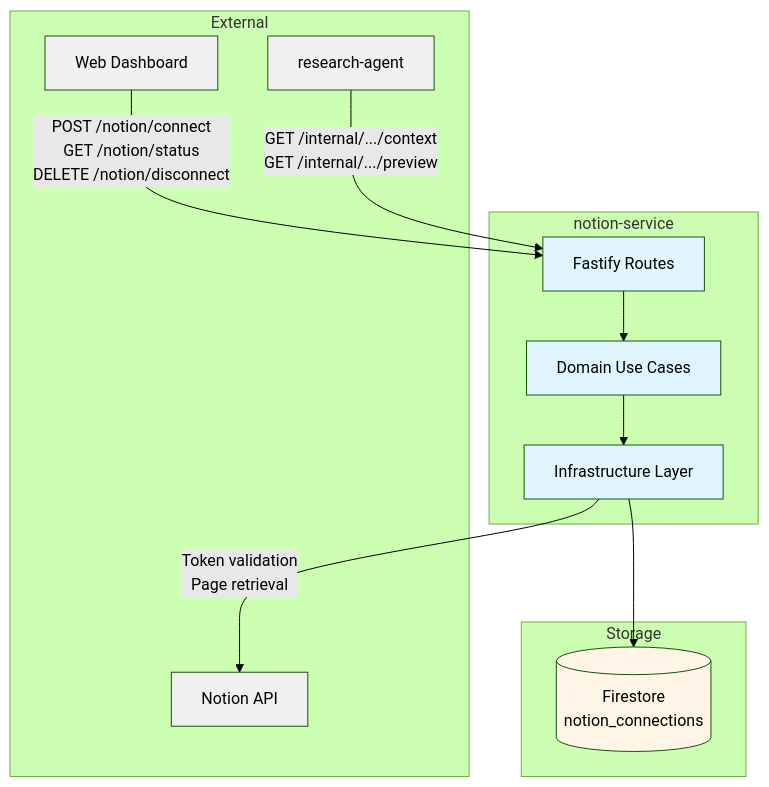
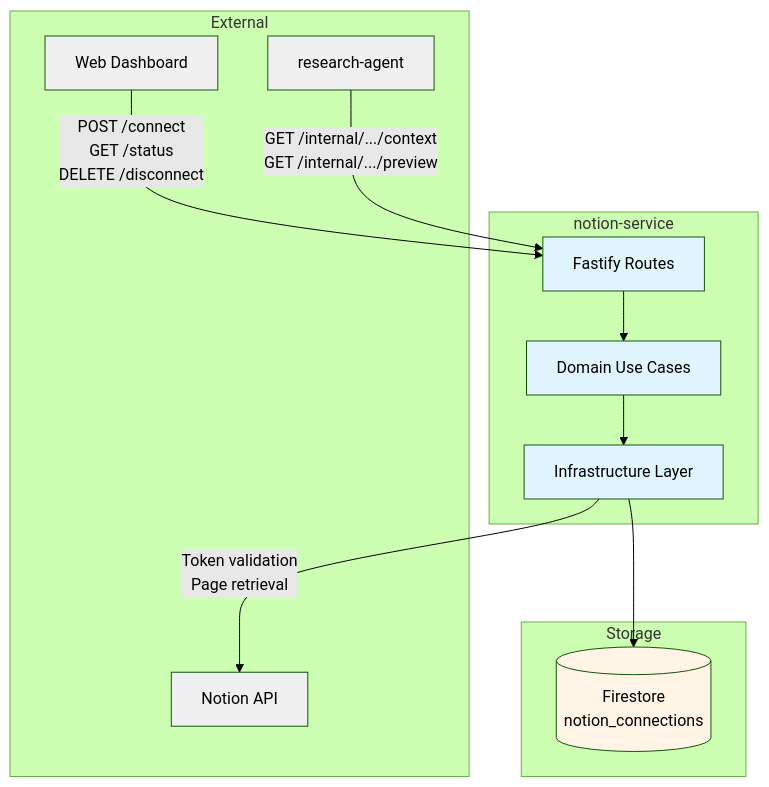
One commit to pbuchman/intexuraos changed the first of 2 diagrams in docs/services/notion-service/technical.md. Above: the diagram before and after it, drawn with Mermaid (forest theme). The commit also changed other lines of this file and 235 other files, not shown here.

````diff
--- a/docs/services/notion-service/technical.md
+++ b/docs/services/notion-service/technical.md
@@ -9,33 +9,33 @@
 ```mermaid
 graph TB
     subgraph "External"
         User[Web Dashboard]
         RA[research-agent]
         Notion[Notion API]
     end
 
     subgraph "notion-service"
         Routes[Fastify Routes]
         Domain[Domain Use Cases]
         Infra[Infrastructure Layer]
     end
 
     subgraph "Storage"
         Firestore[(Firestore<br>notion_connections)]
     end
 
-    User -->|"POST /notion/connect<br>GET /notion/status<br>DELETE /notion/disconnect"| Routes
+    User -->|"POST /connect<br>GET /status<br>DELETE /disconnect"| Routes
     RA -->|"GET /internal/.../context<br>GET /internal/.../preview"| Routes
     Routes --> Domain
     Domain --> Infra
     Infra --> Firestore
     Infra -->|"Token validation<br>Page retrieval"| Notion
 
     classDef service fill:#e1f5ff
     classDef storage fill:#fff4e6
     classDef external fill:#f0f0f0
 
     class Routes,Domain,Infra service
     class Firestore storage
     class User,RA,Notion external
 ```
````
